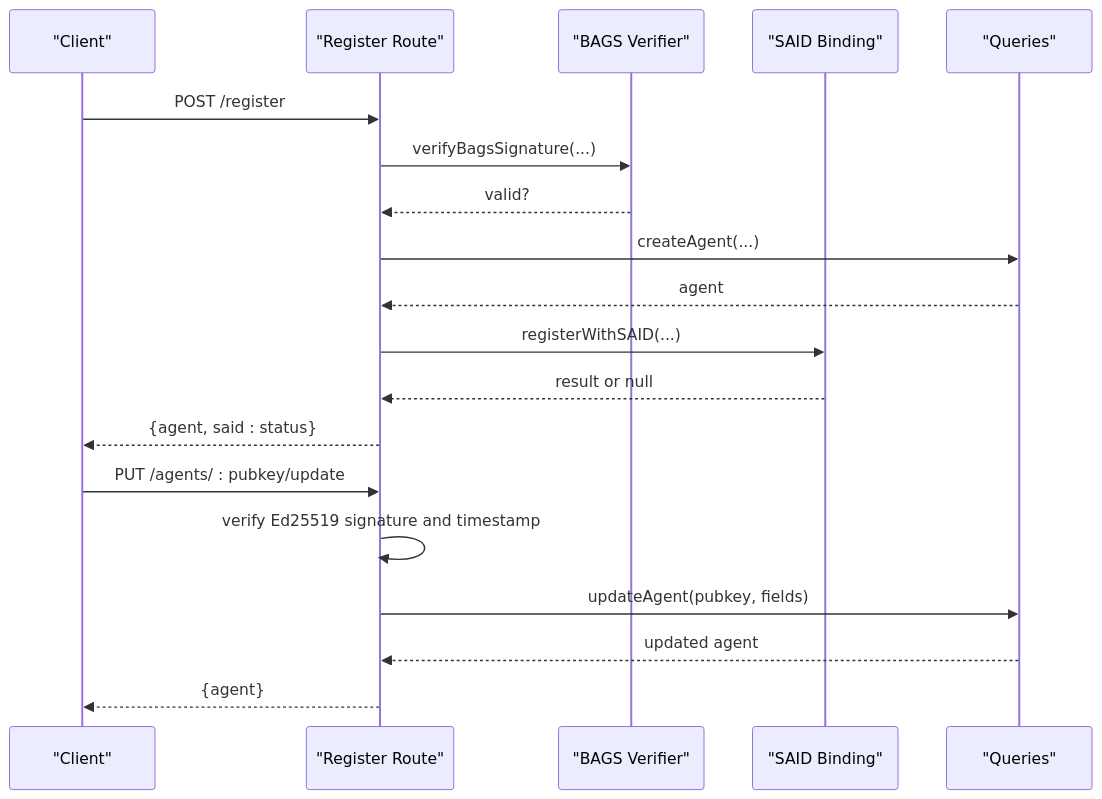
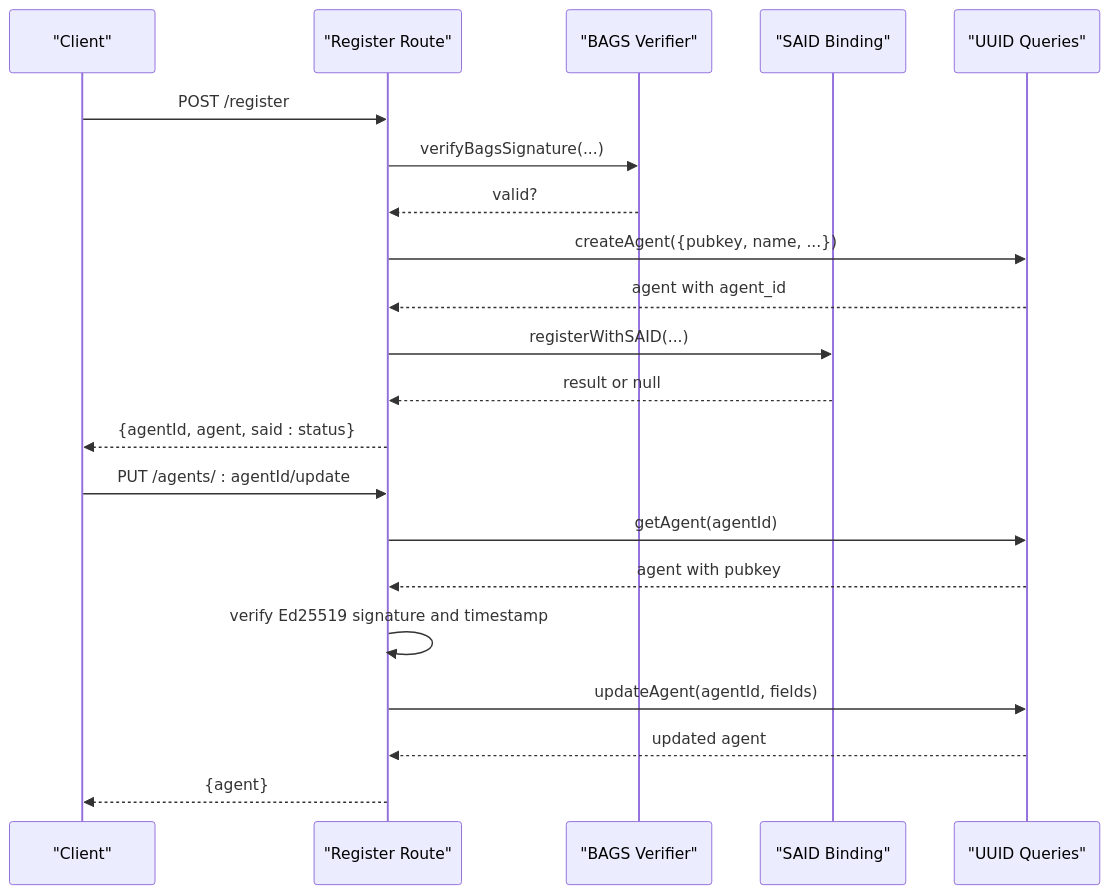
The seventh of 11 diagrams in .qoder/repowiki/en/content/Service Layer/Identity Services.md (RunTimeAdmin/AgentID), drawn with Mermaid before and after one commit. The commit also changed other lines of this file and 31 other files, not shown here.

````diff
--- a/.qoder/repowiki/en/content/Service Layer/Identity Services.md
+++ b/.qoder/repowiki/en/content/Service Layer/Identity Services.md
@@ -260,21 +308,23 @@
 ```mermaid
 sequenceDiagram
 participant Client as "Client"
 participant Reg as "Register Route"
 participant Ver as "BAGS Verifier"
 participant SAID as "SAID Binding"
-participant DB as "Queries"
+participant DB as "UUID Queries"
 Client->>Reg : POST /register
 Reg->>Ver : verifyBagsSignature(...)
 Ver-->>Reg : valid?
-Reg->>DB : createAgent(...)
-DB-->>Reg : agent
+Reg->>DB : createAgent({pubkey, name, ...})
+DB-->>Reg : agent with agent_id
 Reg->>SAID : registerWithSAID(...)
 SAID-->>Reg : result or null
-Reg-->>Client : {agent, said : status}
-Client->>Reg : PUT /agents/ : pubkey/update
+Reg-->>Client : {agentId, agent, said : status}
+Client->>Reg : PUT /agents/ : agentId/update
+Reg->>DB : getAgent(agentId)
+DB-->>Reg : agent with pubkey
 Reg->>Reg : verify Ed25519 signature and timestamp
-Reg->>DB : updateAgent(pubkey, fields)
+Reg->>DB : updateAgent(agentId, fields)
 DB-->>Reg : updated agent
 Reg-->>Client : {agent}
 ```
````
